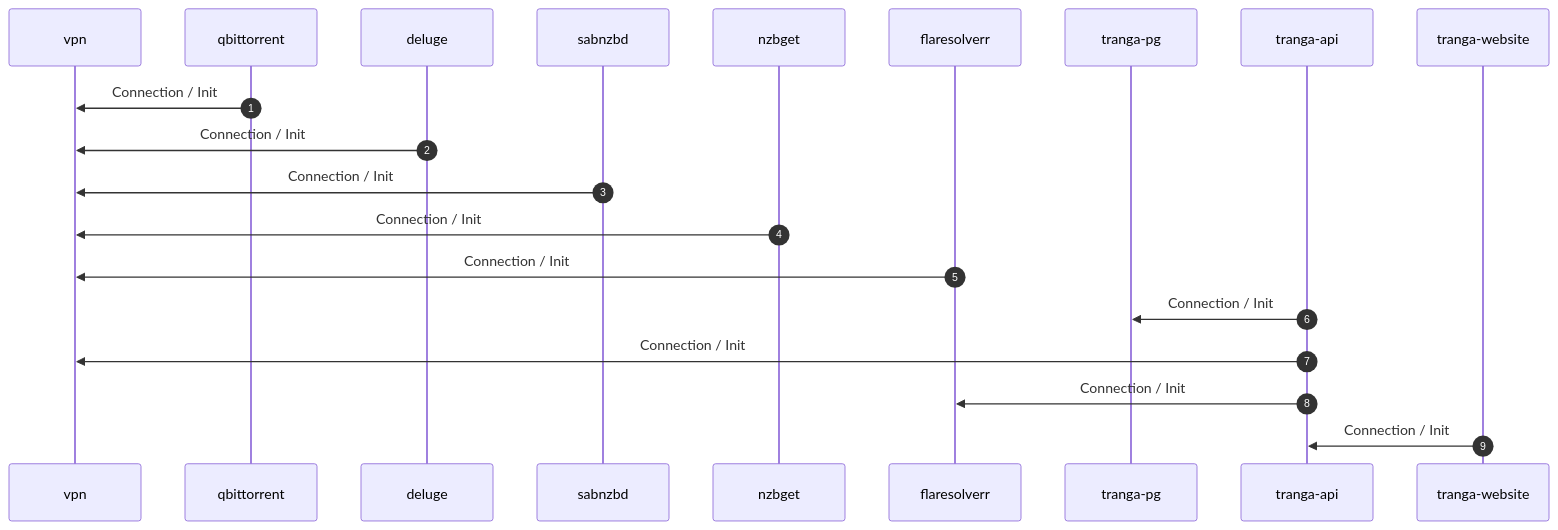
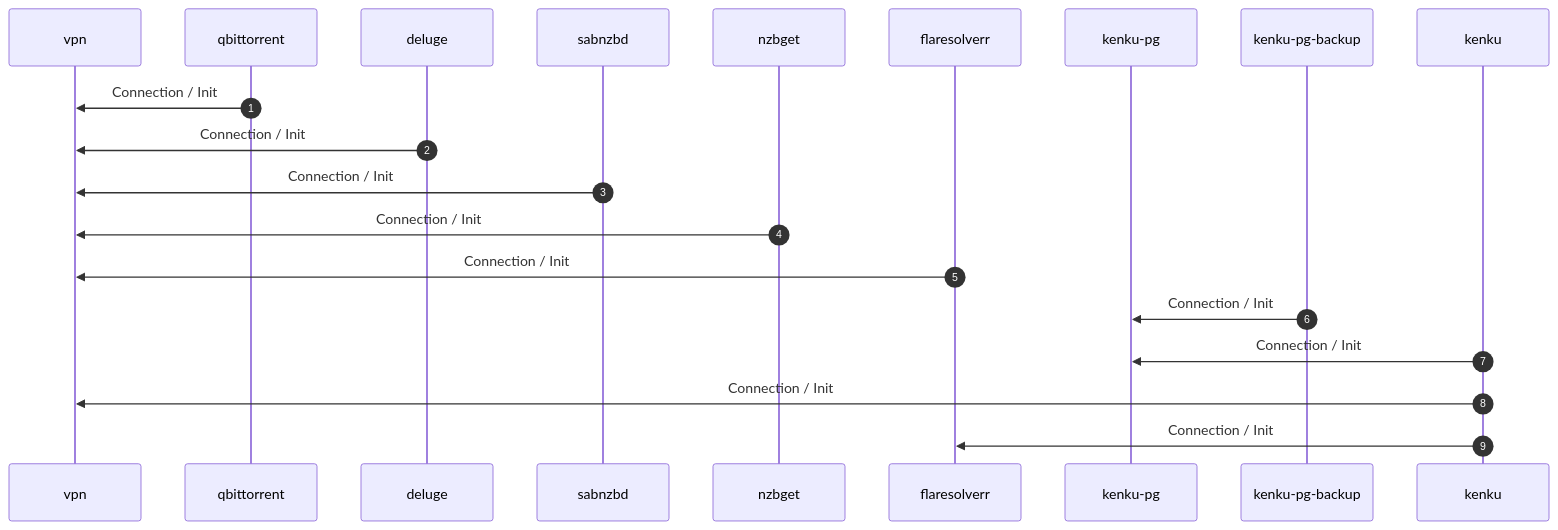
The second of 3 diagrams in docs/services/downloads.md (chutch3/homelab), drawn with Mermaid before and after one commit. The commit also changed other lines of this file and 7 other files, not shown here.

Commit message:
feat: replace tranga with kenku as manga downloader

````diff
--- a/docs/services/downloads.md
+++ b/docs/services/downloads.md
@@ -37,22 +37,22 @@
 ```mermaid
 sequenceDiagram
     autonumber
     participant vpn as vpn
     participant qbittorrent as qbittorrent
     participant deluge as deluge
     participant sabnzbd as sabnzbd
     participant nzbget as nzbget
     participant flaresolverr as flaresolverr
-    participant tranga_pg as tranga-pg
-    participant tranga_api as tranga-api
-    participant tranga_website as tranga-website
+    participant kenku_pg as kenku-pg
+    participant kenku_pg_backup as kenku-pg-backup
+    participant kenku as kenku
     qbittorrent->>vpn: Connection / Init
     deluge->>vpn: Connection / Init
     sabnzbd->>vpn: Connection / Init
     nzbget->>vpn: Connection / Init
     flaresolverr->>vpn: Connection / Init
-    tranga_api->>tranga_pg: Connection / Init
-    tranga_api->>vpn: Connection / Init
-    tranga_api->>flaresolverr: Connection / Init
-    tranga_website->>tranga_api: Connection / Init
+    kenku_pg_backup->>kenku_pg: Connection / Init
+    kenku->>kenku_pg: Connection / Init
+    kenku->>vpn: Connection / Init
+    kenku->>flaresolverr: Connection / Init
 ```
````
